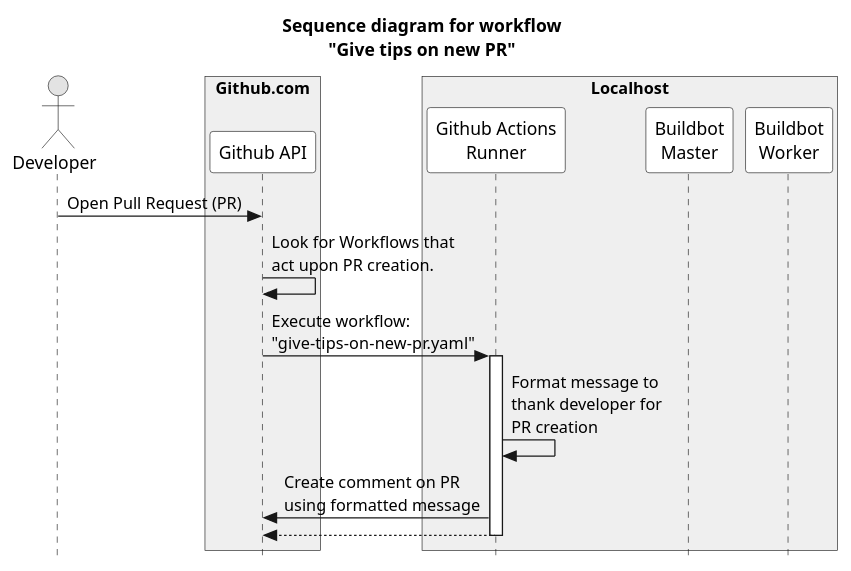
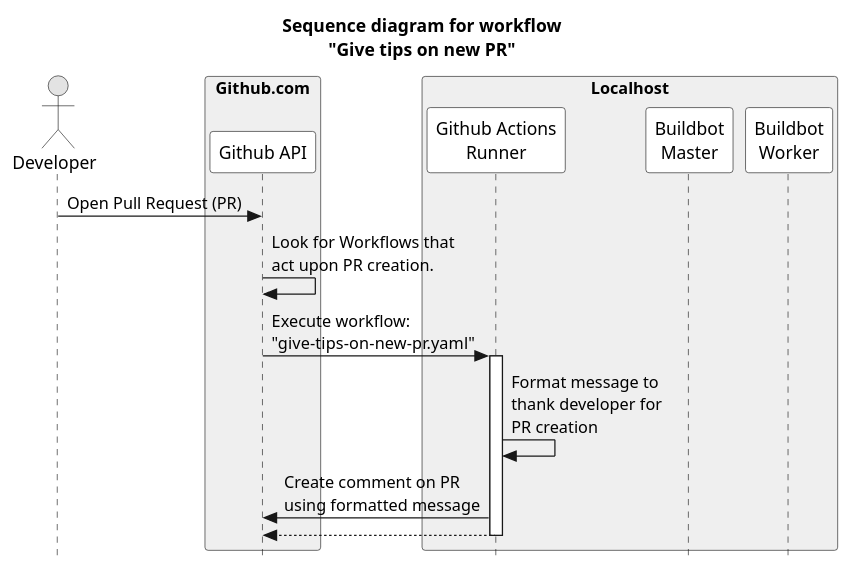
One commit to kwk/llvm-ci changed the diagram in .github/workflows/give-tips-on-new-pr.puml. Above: the diagram before and after it, drawn with PlantUML. The commit also changed 5 other files, not shown here.

```diff
--- a/.github/workflows/give-tips-on-new-pr.puml
+++ b/.github/workflows/give-tips-on-new-pr.puml
@@ -1,40 +1,40 @@
 @startuml give-tips-on-new-pr
 
 ' For on-the-fly rendering of the latest version of this diagram, please visit:
 ' http://www.plantuml.com/plantuml/proxy?idx=0&src=https://raw.githubusercontent.com/kwk/llvm-ci/main/.github/workflows/give-tips-on-new-pr.puml&fmt=svg
 '
 ' To generate a PNG diagram from this file follow these steps:
 ' $ wget -o plantuml.jar http://sourceforge.net/projects/plantuml/files/plantuml.jar/download
 ' $ java -jar plantuml.jar -verbose give-tips-on-new-pr.puml
 
 title Sequence diagram for workflow\n"Give tips on new PR"
+
 skinparam style strictuml
 skinparam monochrome true
 skinparam SequenceBoxBackgroundColor #efefef
-' skinparam roundcorner 20
+skinparam roundcorner 5
 skinparam sequence {
     ParticipantBackgroundColor White
 }
 
 actor "Developer" as dev
 
 box "Github.com"
     participant "Github API" as gh
     dev -> gh : Open Pull Request (PR)
     gh -> gh : Look for Workflows that\nact upon PR creation.
-    ' next line adds some space between messages
 end box
 
 box "Localhost"
     participant "Github Actions\nRunner" as runner
     participant "Buildbot\nMaster" as master
     participant "Buildbot\nWorker" as worker
     
     gh -> runner : Execute workflow:\n"give-tips-on-new-pr.yaml"
     activate runner
     runner -> runner : Format message to\nthank developer for\nPR creation
     runner -> gh : Create comment on PR\nusing formatted message
     return
 end box
 
 @enduml:
```
